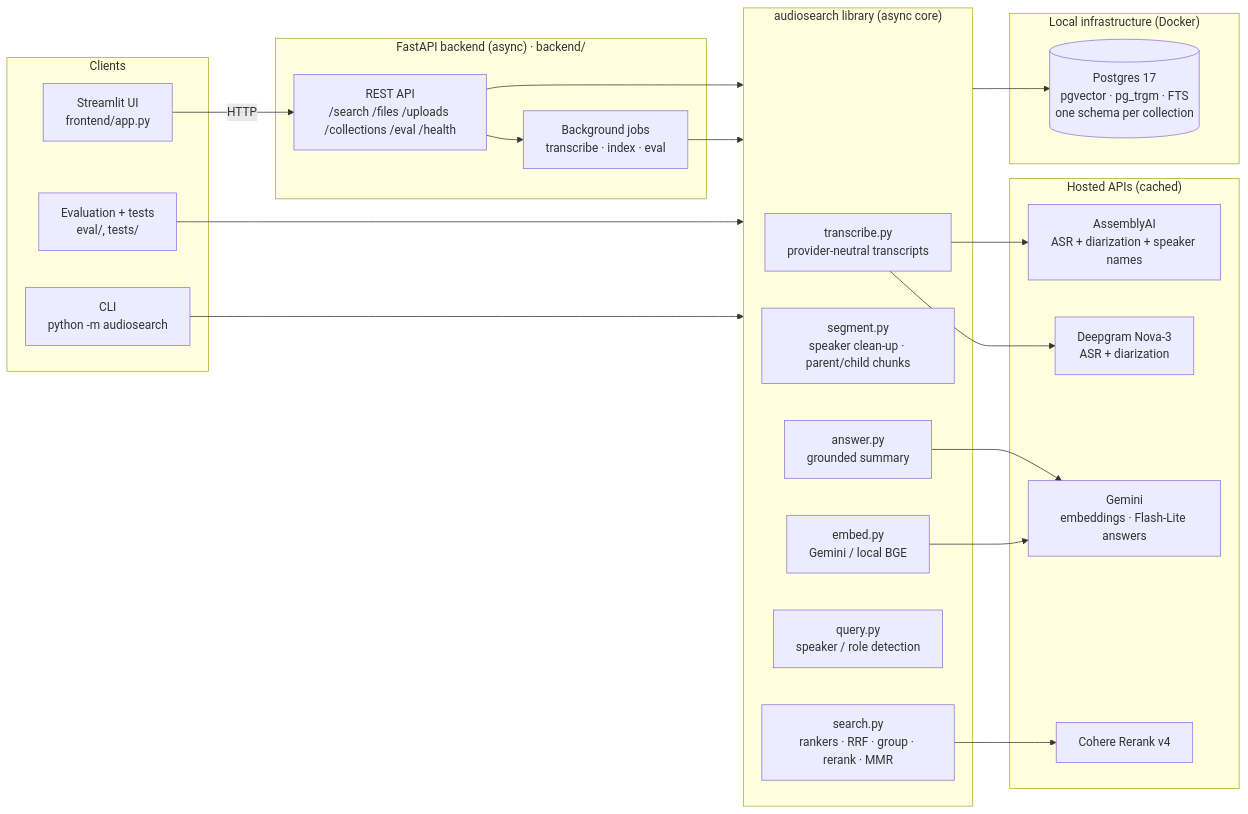
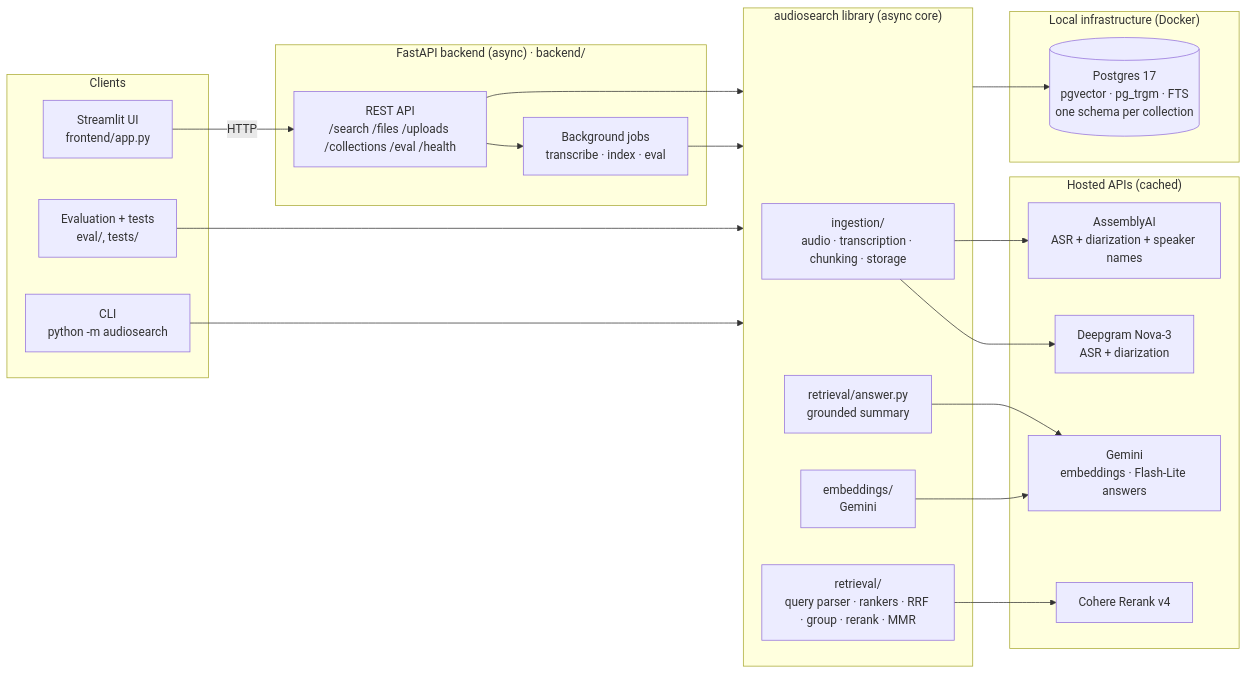
One commit to ravikasaudhan49/audio-hybrid-search changed the first of 4 diagrams in docs/ARCHITECTURE.md. Above: the diagram before and after it, drawn with Mermaid. The commit also changed other lines of this file and 112 other files, not shown here.

````diff
--- a/docs/ARCHITECTURE.md
+++ b/docs/ARCHITECTURE.md
@@ -5,39 +5,37 @@
 ```mermaid
 flowchart LR
     subgraph Clients
         UI["Streamlit UI<br/>frontend/app.py"]
         CLI["CLI<br/>python -m audiosearch"]
         EVAL["Evaluation + tests<br/>eval/, tests/"]
     end
     subgraph Backend["FastAPI backend (async) · backend/"]
         API["REST API<br/>/search /files /uploads /collections /eval /health"]
         JOBS["Background jobs<br/>transcribe · index · eval"]
     end
     subgraph Core["audiosearch library (async core)"]
-        TR["transcribe.py<br/>provider-neutral transcripts"]
-        SEG["segment.py<br/>speaker clean-up · parent/child chunks"]
-        EMB["embed.py<br/>Gemini / local BGE"]
-        SRCH["search.py<br/>rankers · RRF · group · rerank · MMR"]
-        QRY["query.py<br/>speaker / role detection"]
-        ANS["answer.py<br/>grounded summary"]
+        TR["ingestion/<br/>audio · transcription · chunking · storage"]
+        EMB["embeddings/<br/>Gemini"]
+        SRCH["retrieval/<br/>query parser · rankers · RRF · group · rerank · MMR"]
+        ANS["retrieval/answer.py<br/>grounded summary"]
     end
     subgraph Local["Local infrastructure (Docker)"]
         PG[("Postgres 17<br/>pgvector · pg_trgm · FTS<br/>one schema per collection")]
     end
     subgraph Hosted["Hosted APIs (cached)"]
         AAI["AssemblyAI<br/>ASR + diarization + speaker names"]
         DG["Deepgram Nova-3<br/>ASR + diarization"]
         GEM["Gemini<br/>embeddings · Flash-Lite answers"]
         COH["Cohere Rerank v4"]
     end
     UI -- HTTP --> API
     CLI --> Core
     EVAL --> Core
     API --> JOBS --> Core
     API --> Core
     TR --> AAI & DG
     EMB --> GEM
     SRCH --> COH
     ANS --> GEM
     Core --> PG
 ```
````
